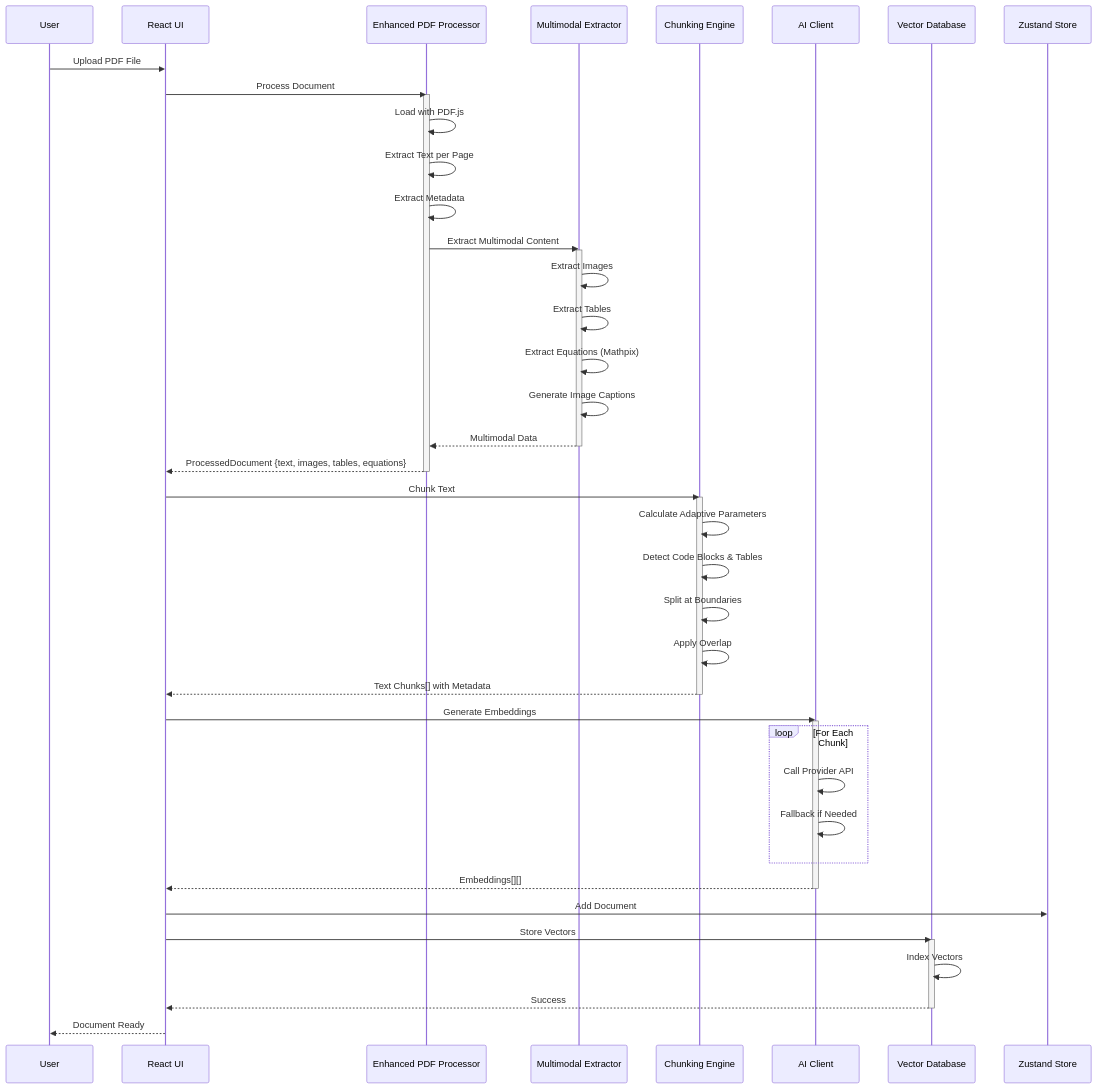
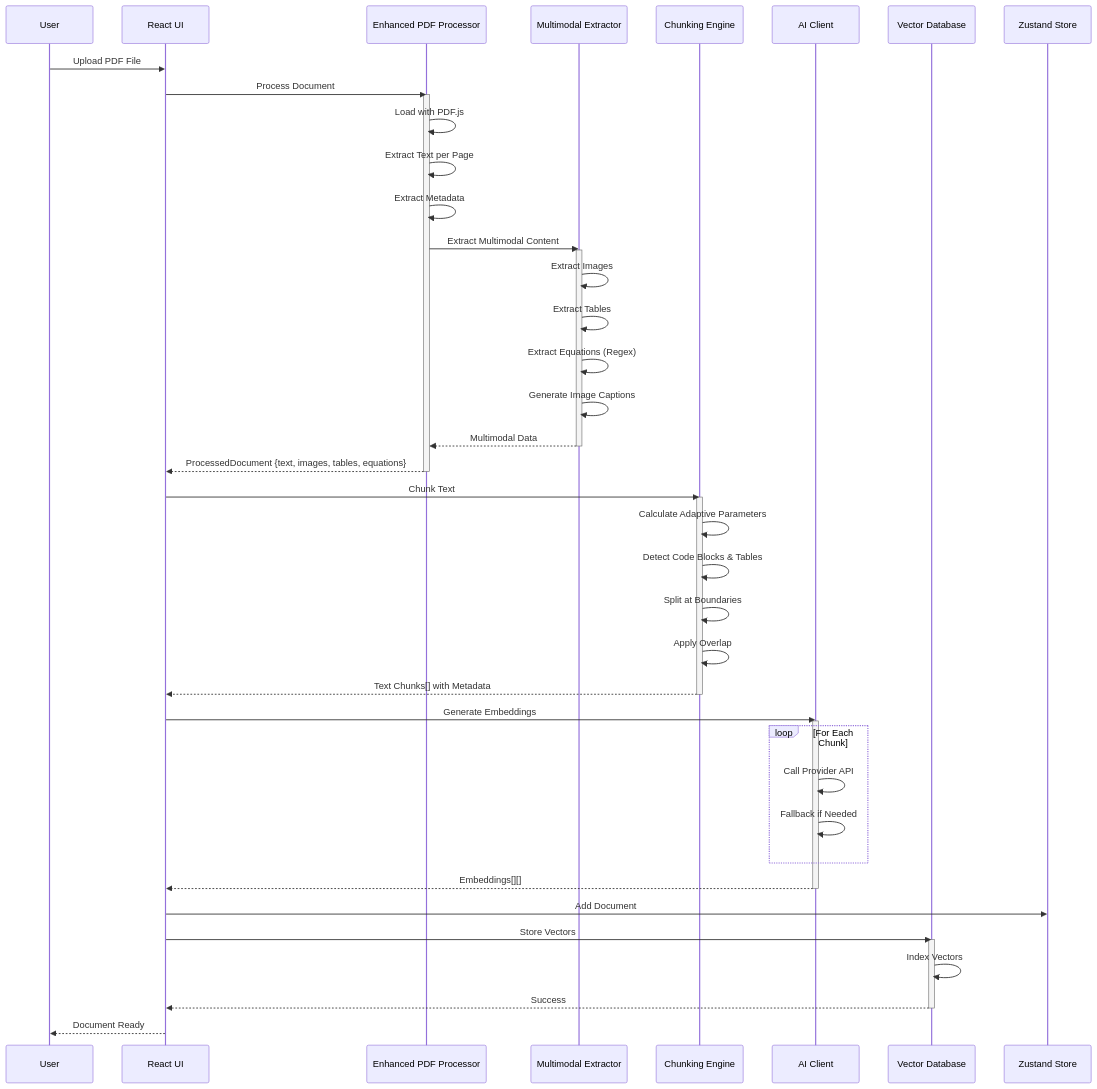
Before and after one commit to Kedhareswer/QuantumPDF_ChatApp_VectorDB: the fifth of 14 diagrams in docs/ARCHITECTURE_FLOWS.md, drawn with Mermaid. The commit also changed other lines of this file and 26 other files, not shown here.

````diff
--- a/docs/ARCHITECTURE_FLOWS.md
+++ b/docs/ARCHITECTURE_FLOWS.md
@@ -260,58 +270,58 @@
 ```mermaid
 sequenceDiagram
     participant User
     participant UI as React UI
     participant PDF as Enhanced PDF Processor
     participant MULTI as Multimodal Extractor
     participant CHUNK as Chunking Engine
     participant AI as AI Client
     participant VDB as Vector Database
     participant STORE as Zustand Store
 
     User->>UI: Upload PDF File
     UI->>PDF: Process Document
 
     activate PDF
     PDF->>PDF: Load with PDF.js
     PDF->>PDF: Extract Text per Page
     PDF->>PDF: Extract Metadata
     PDF->>MULTI: Extract Multimodal Content
     
     activate MULTI
     MULTI->>MULTI: Extract Images
     MULTI->>MULTI: Extract Tables
-    MULTI->>MULTI: Extract Equations (Mathpix)
+    MULTI->>MULTI: Extract Equations (Regex)
     MULTI->>MULTI: Generate Image Captions
     MULTI-->>PDF: Multimodal Data
     deactivate MULTI
     
     PDF-->>UI: ProcessedDocument {text, images, tables, equations}
     deactivate PDF
 
     UI->>CHUNK: Chunk Text
     activate CHUNK
     CHUNK->>CHUNK: Calculate Adaptive Parameters
     CHUNK->>CHUNK: Detect Code Blocks & Tables
     CHUNK->>CHUNK: Split at Boundaries
     CHUNK->>CHUNK: Apply Overlap
     CHUNK-->>UI: Text Chunks[] with Metadata
     deactivate CHUNK
 
     UI->>AI: Generate Embeddings
     activate AI
     loop For Each Chunk
         AI->>AI: Call Provider API
         AI->>AI: Fallback if Needed
     end
     AI-->>UI: Embeddings[][]
     deactivate AI
 
     UI->>STORE: Add Document
     UI->>VDB: Store Vectors
     activate VDB
     VDB->>VDB: Index Vectors
     VDB-->>UI: Success
     deactivate VDB
 
     UI-->>User: Document Ready
 ```
````
